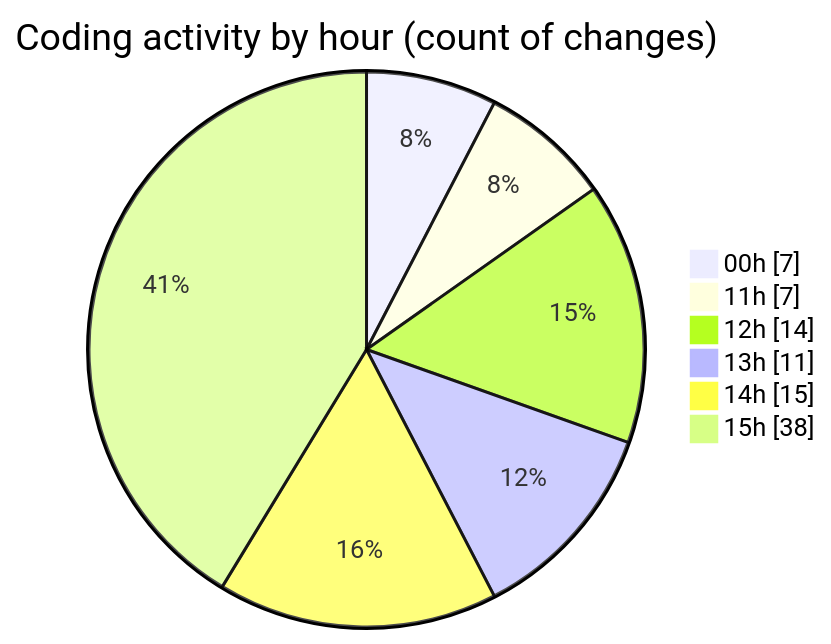
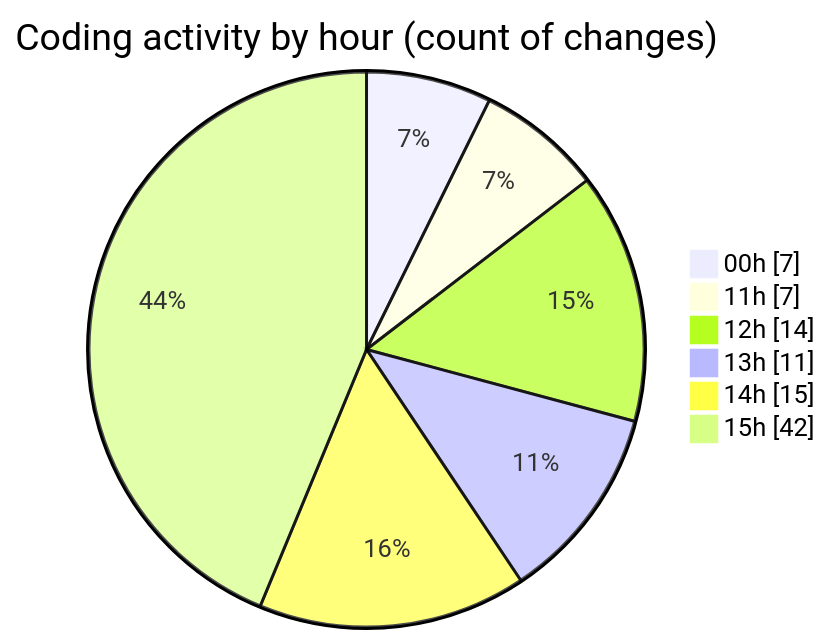
The second of 2 diagrams in 2025-10-08/eventscop-frontend-guide__workspace_/README.md (julien-gomy/code-tracking), drawn with Mermaid before and after one commit. The commit also changed other lines of this file and 1 other file, not shown here.

````diff
--- a/2025-10-08/eventscop-frontend-guide__workspace_/README.md
+++ b/2025-10-08/eventscop-frontend-guide__workspace_/README.md
@@ -45,10 +47,10 @@
 ```mermaid
 pie showData
 title Coding activity by hour (count of changes)
 "00h" : 7
 "11h" : 7
 "12h" : 14
 "13h" : 11
 "14h" : 15
-"15h" : 38
+"15h" : 42
 ```
````
